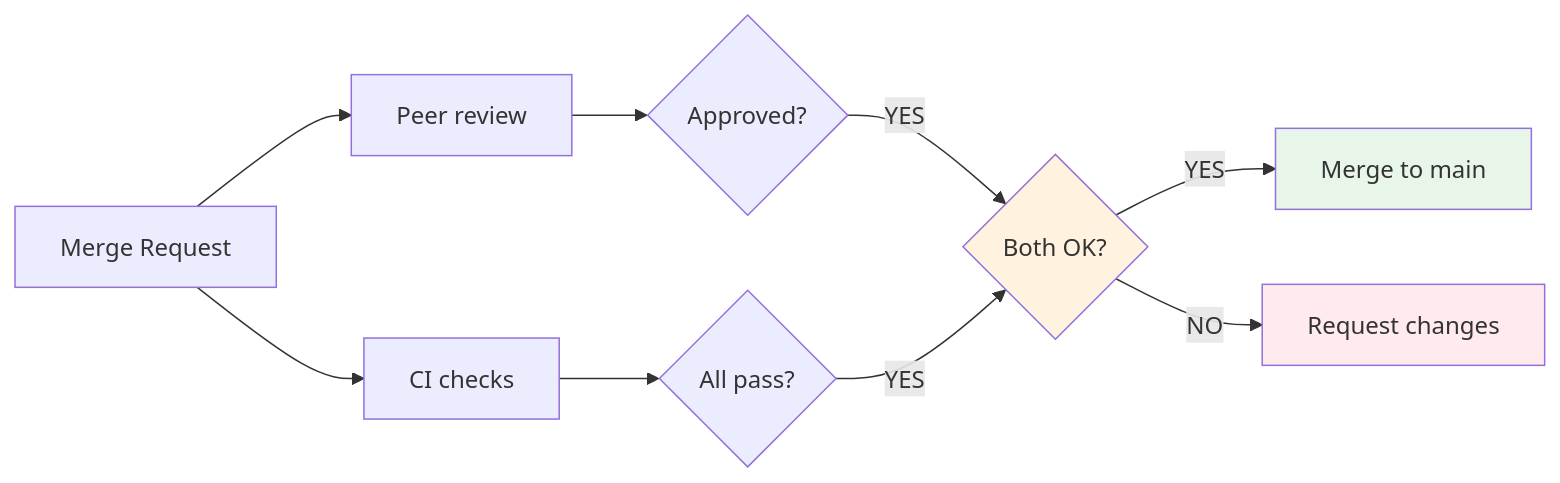
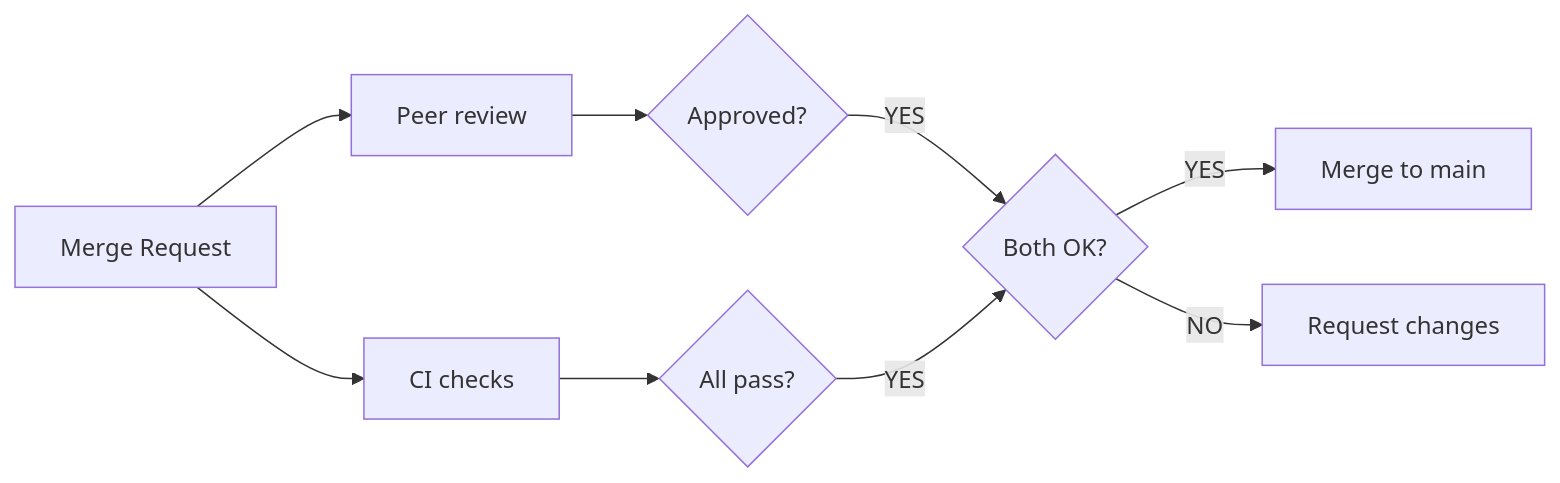
One commit to ready-to-release/eac changed the second of 5 diagrams in docs/explanation/continuous-delivery/cd-model/cd-model-stages-1-6.md. Above: the diagram before and after it, drawn with Mermaid. The commit also changed other lines of this file and 28 other files, not shown here.

````diff
--- a/docs/explanation/continuous-delivery/cd-model/cd-model-stages-1-6.md
+++ b/docs/explanation/continuous-delivery/cd-model/cd-model-stages-1-6.md
@@ -160,18 +157,15 @@
 ```mermaid
 flowchart LR
     MR[Merge Request] --> Review[Peer review]
     MR --> CI[CI checks]
 
     Review --> Approve{Approved?}
     CI --> Pass{All pass?}
 
     Approve -->|YES| Gate{Both OK?}
     Pass -->|YES| Gate
 
     Gate -->|YES| Merge[Merge to main]
     Gate -->|NO| Reject[Request changes]
 
-    style Gate fill:#fff3e0
-    style Merge fill:#e8f5e9
-    style Reject fill:#ffebee
 ```
````
